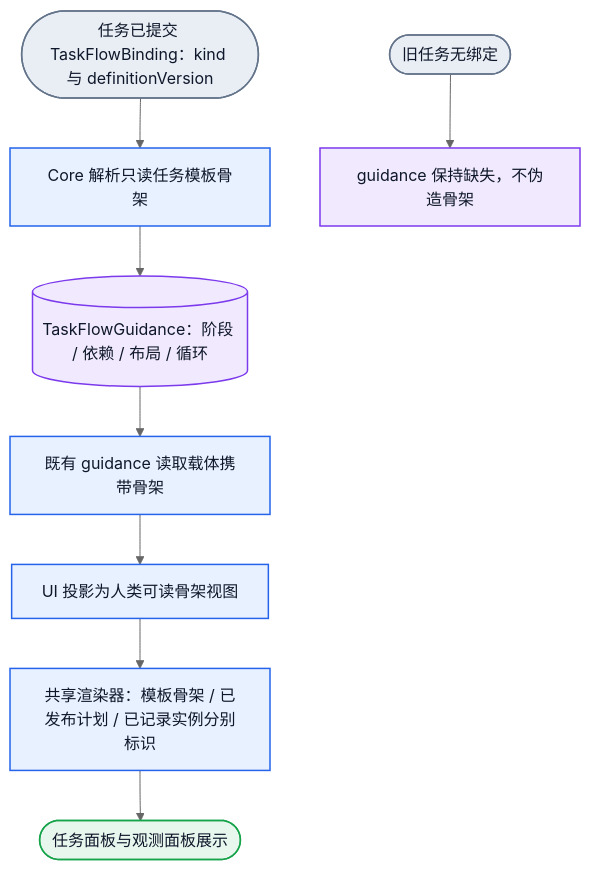
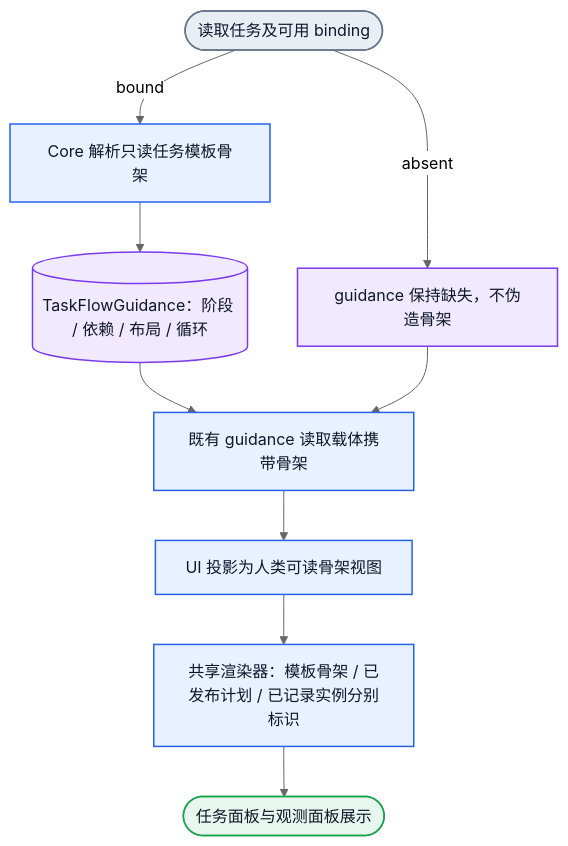
The first of 2 diagrams in docs/architecture/native-task-template-skeleton-design-2026-10-18.md (Jasonzhangf/HumanAgents), drawn with Mermaid (neutral theme) before and after one commit. The commit also changed other lines of this file, not shown here.

Commit message:
docs(architecture): correct native task template skeleton design

````diff
--- a/docs/architecture/native-task-template-skeleton-design-2026-10-18.md
+++ b/docs/architecture/native-task-template-skeleton-design-2026-10-18.md
@@ -45,15 +45,17 @@
 ```mermaid
 flowchart TD
-  B([任务已提交 TaskFlowBinding：kind 与 definitionVersion]):::boundary --> R[Core 解析只读任务模板骨架]:::action
+  E([读取任务及可用 binding]):::boundary
+  E -->|bound| R[Core 解析只读任务模板骨架]:::action
+  E -->|absent| N[guidance 保持缺失，不伪造骨架]:::data
   R --> G[(TaskFlowGuidance：阶段 / 依赖 / 布局 / 循环)]:::data
   G --> C[既有 guidance 读取载体携带骨架]:::action
+  N --> C
   C --> P[UI 投影为人类可读骨架视图]:::action
   P --> V[共享渲染器：模板骨架 / 已发布计划 / 已记录实例分别标识]:::action
   V --> OK([任务面板与观测面板展示]):::success
-  L([旧任务无绑定]):::boundary --> N[guidance 保持缺失，不伪造骨架]:::data
 
   classDef boundary fill:#E9EEF5,stroke:#64748B,color:#0F172A,stroke-width:1.5px
   classDef action fill:#E8F1FF,stroke:#2563EB,color:#0F172A,stroke-width:1.5px
   classDef data fill:#F1EAFE,stroke:#7C3AED,color:#0F172A,stroke-width:1.5px
   classDef success fill:#E8F7EE,stroke:#16A34A,color:#0F172A,stroke-width:1.5px
 ```
````
